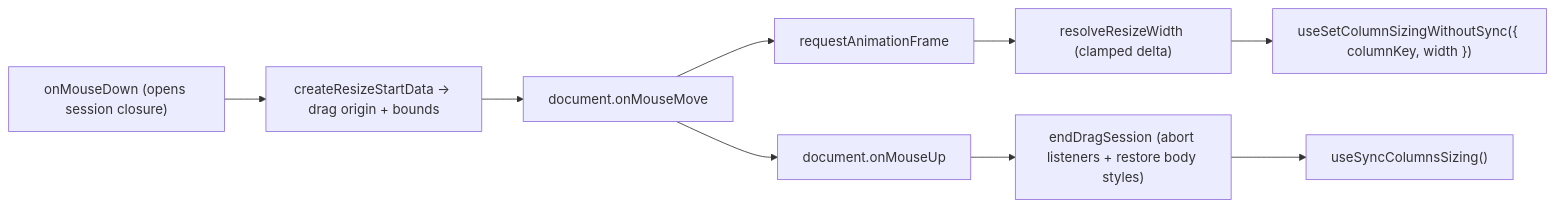
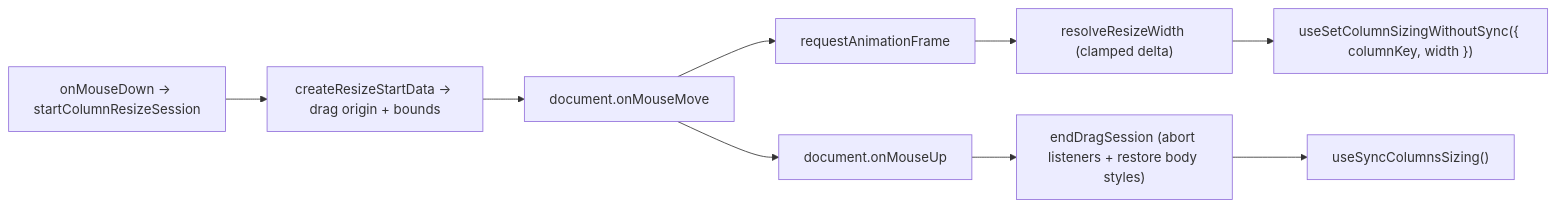
One commit to luciocabrera/lcabrera-stack changed the first of 2 diagrams in packages/ui/src/components/Table/hooks/ARCHITECTURE.md. Above: the diagram before and after it, drawn with Mermaid. The commit also changed other lines of this file and 14 other files, not shown here.

First line of the commit message:
refactor(ui): dedupe columns store hooks, split the resize drag session

````diff
--- a/packages/ui/src/components/Table/hooks/ARCHITECTURE.md
+++ b/packages/ui/src/components/Table/hooks/ARCHITECTURE.md
@@ -60,11 +69,11 @@
 ```mermaid
 graph LR
-  MD["onMouseDown (opens session closure)"] --> Track["createResizeStartData → drag origin + bounds"]
+  MD["onMouseDown → startColumnResizeSession"] --> Track["createResizeStartData → drag origin + bounds"]
   Track --> Move["document.onMouseMove"]
   Move --> RAF["requestAnimationFrame"]
   RAF --> Clamp["resolveResizeWidth (clamped delta)"]
   Clamp --> Resize["useSetColumnSizingWithoutSync({ columnKey, width })"]
   Move --> Up["document.onMouseUp"]
   Up --> End["endDragSession (abort listeners + restore body styles)"]
   End --> Sync["useSyncColumnsSizing()"]
 ```
````
